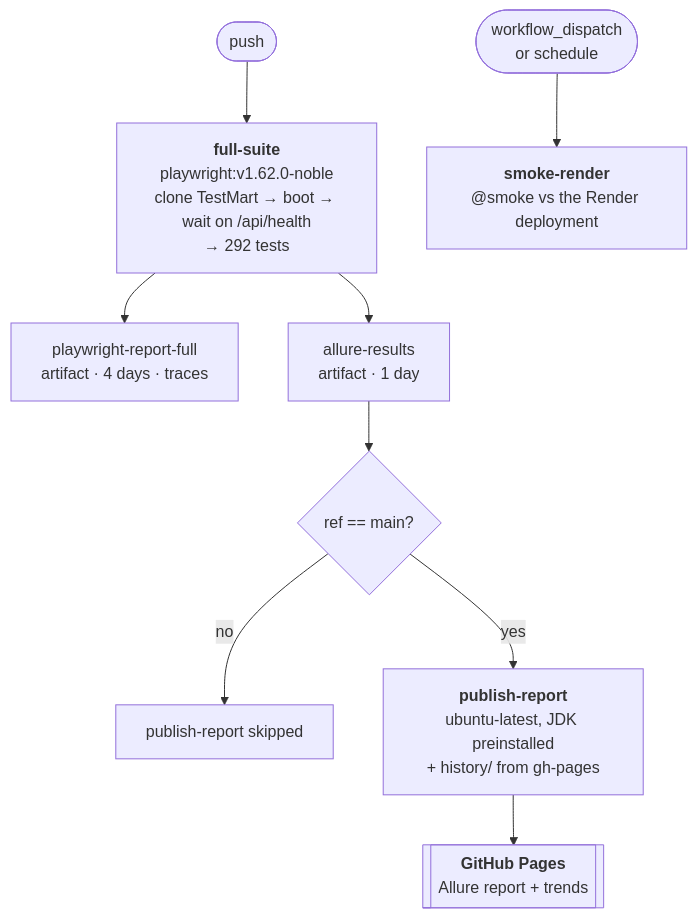
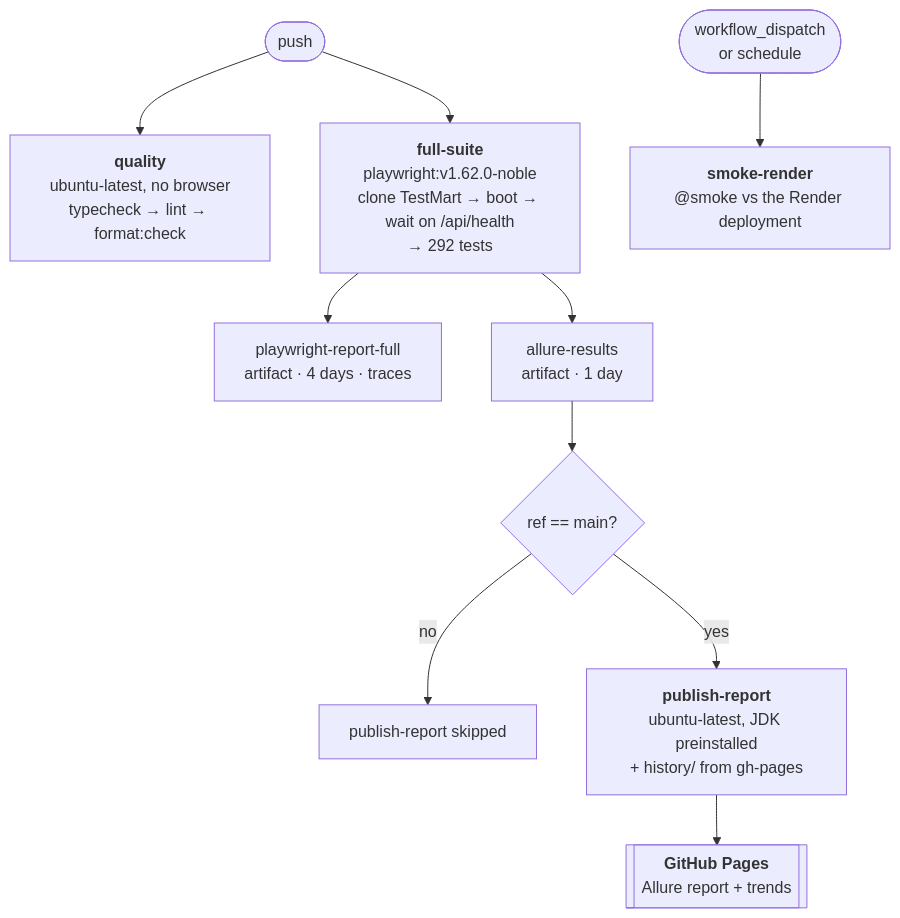
One commit to pulkitMahour/playwright-enterprise-framework changed the second of 2 diagrams in README.md. Above: the diagram before and after it, drawn with Mermaid. The commit also changed other lines of this file and 15 other files, not shown here.

````diff
--- a/README.md
+++ b/README.md
@@ -359,11 +398,12 @@
 ```mermaid
 flowchart TD
+    push(["push"]) --> qual["<b>quality</b><br/>ubuntu-latest, no browser<br/>typecheck → lint → format:check"]
     push(["push"]) --> full["<b>full-suite</b><br/>playwright:v1.62.0-noble<br/>clone TestMart → boot → wait on /api/health<br/>→ 292 tests"]
     full --> pw["playwright-report-full<br/>artifact · 4 days · traces"]
     full --> res["allure-results<br/>artifact · 1 day"]
     res --> gate{"ref == main?"}
     gate -->|"no"| skip["publish-report skipped"]
     gate -->|"yes"| pub["<b>publish-report</b><br/>ubuntu-latest, JDK preinstalled<br/>+ history/ from gh-pages"]
     pub --> ghp[["<b>GitHub Pages</b><br/>Allure report + trends"]]
     manual(["workflow_dispatch<br/>or schedule"]) --> smoke["<b>smoke-render</b><br/>@smoke vs the Render deployment"]
 ```
````
